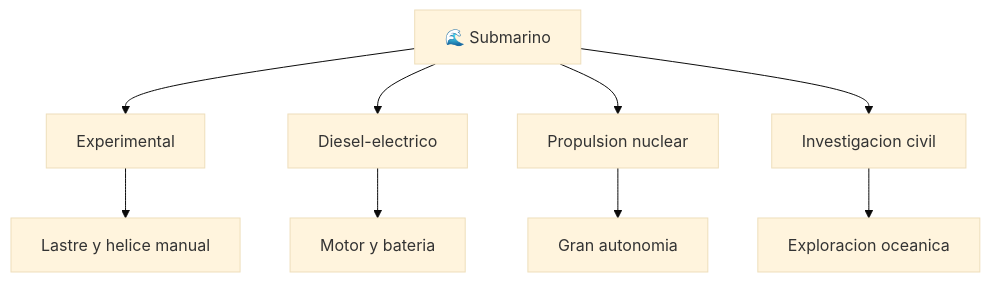
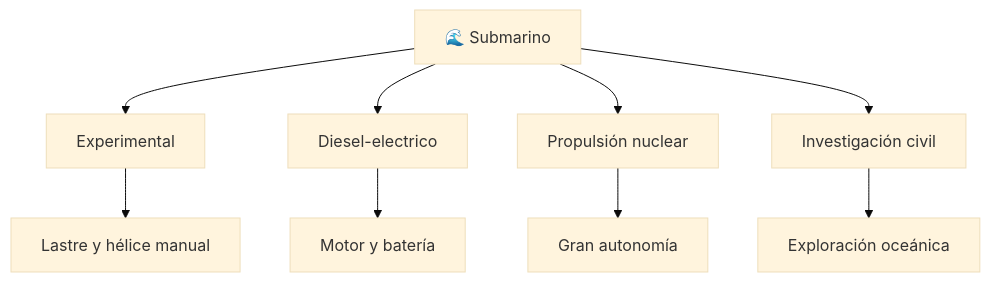
The diagram in vehiculos/submarinos/operacion/caracteristicas-submarino.md (vladimiracunadev-create/machine-operator-program), drawn with Mermaid (base theme) before and after one commit. The commit also changed other lines of this file and 442 other files, not shown here.

````diff
--- a/vehiculos/submarinos/operacion/caracteristicas-submarino.md
+++ b/vehiculos/submarinos/operacion/caracteristicas-submarino.md
@@ -36,11 +36,11 @@
 ```mermaid
 flowchart TD
     Sub[🌊 Submarino] --> Experimental[Experimental]
     Sub --> Convencional[Diesel-electrico]
-    Sub --> Nuclear[Propulsion nuclear]
-    Sub --> Civil[Investigacion civil]
-    Experimental --> Manual[Lastre y helice manual]
-    Convencional --> Bateria[Motor y bateria]
-    Nuclear --> Autonomia[Gran autonomia]
-    Civil --> Exploracion[Exploracion oceanica]
+    Sub --> Nuclear[Propulsión nuclear]
+    Sub --> Civil[Investigación civil]
+    Experimental --> Manual[Lastre y hélice manual]
+    Convencional --> Bateria[Motor y batería]
+    Nuclear --> Autonomia[Gran autonomía]
+    Civil --> Exploracion[Exploración oceánica]
 ```
````
